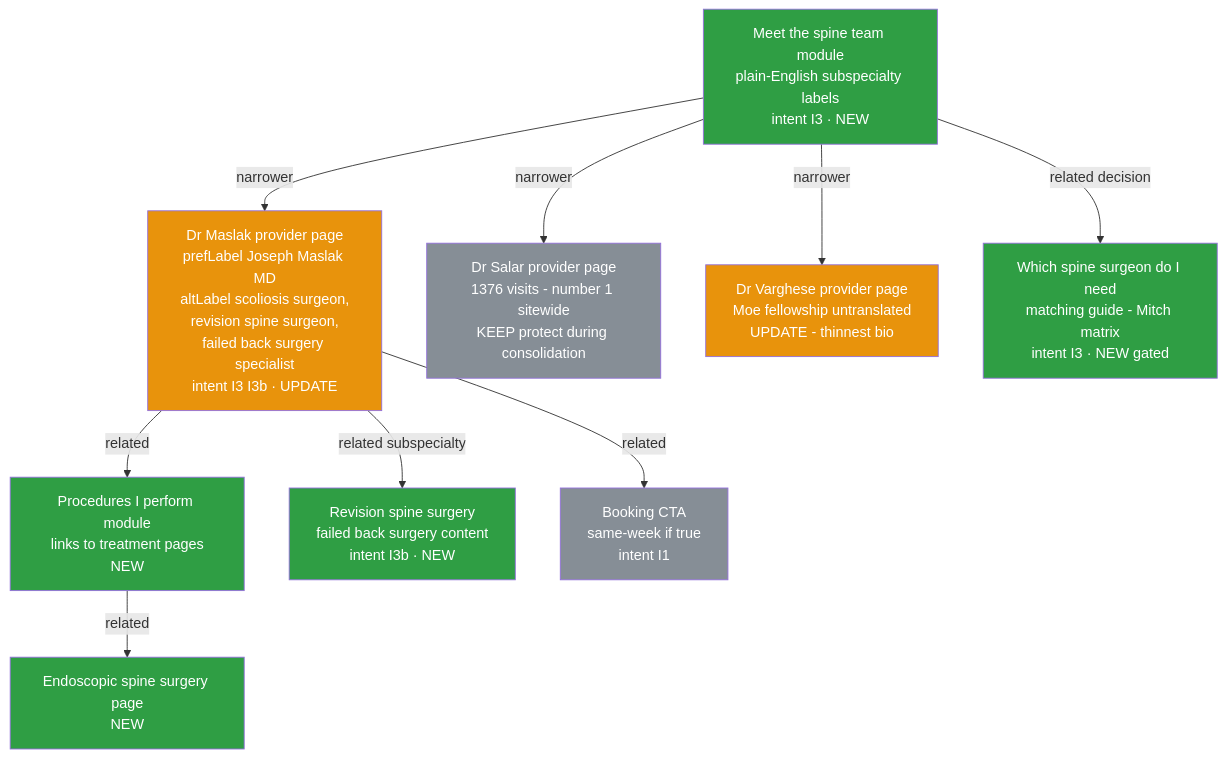
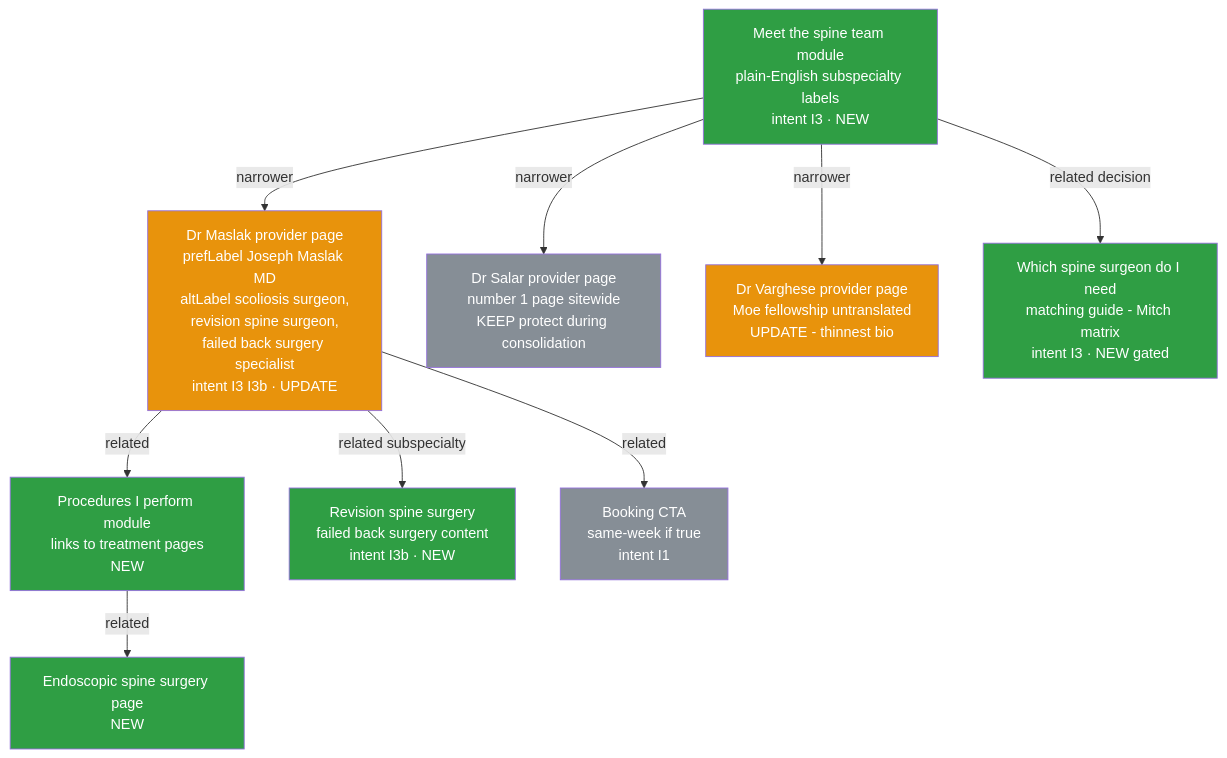
One commit to JosephAndrewMacLean/SHP changed the sixth of 8 diagrams in playbooks/spine-semantic-model.md. Above: the diagram before and after it, drawn with Mermaid. The commit also changed other lines of this file and 6 other files, not shown here.

````diff
--- a/playbooks/spine-semantic-model.md
+++ b/playbooks/spine-semantic-model.md
@@ -319,28 +283,28 @@
 ```mermaid
 flowchart TD
     TEAM[Meet the spine team module<br/>plain-English subspecialty labels<br/>intent I3 · NEW]
     MAS[Dr Maslak provider page<br/>prefLabel Joseph Maslak MD<br/>altLabel scoliosis surgeon,<br/>revision spine surgeon,<br/>failed back surgery specialist<br/>intent I3 I3b · UPDATE]
-    SAL[Dr Salar provider page<br/>1376 visits - number 1 sitewide<br/>KEEP protect during consolidation]
+    SAL[Dr Salar provider page<br/>number 1 page sitewide<br/>KEEP protect during consolidation]
     VAR[Dr Varghese provider page<br/>Moe fellowship untranslated<br/>UPDATE - thinnest bio]
     PROCS[Procedures I perform module<br/>links to treatment pages<br/>NEW]
     ENDO[Endoscopic spine surgery page<br/>NEW]
     REV[Revision spine surgery<br/>failed back surgery content<br/>intent I3b · NEW]
     MATCH[Which spine surgeon do I need<br/>matching guide - Mitch matrix<br/>intent I3 · NEW gated]
     BOOK[Booking CTA<br/>same-week if true<br/>intent I1]
 
     TEAM -->|narrower| MAS
     TEAM -->|narrower| SAL
     TEAM -->|narrower| VAR
     MAS -->|related| PROCS
     PROCS -->|related| ENDO
     MAS -->|related subspecialty| REV
     TEAM -->|related decision| MATCH
     MAS -->|related| BOOK
 
     classDef newN fill:#2f9e44,color:#fff
     classDef updN fill:#e8930c,color:#fff
     classDef keepN fill:#868e96,color:#fff
     class TEAM,PROCS,ENDO,REV,MATCH newN
     class MAS,VAR updN
     class SAL,BOOK keepN
 ```
````
